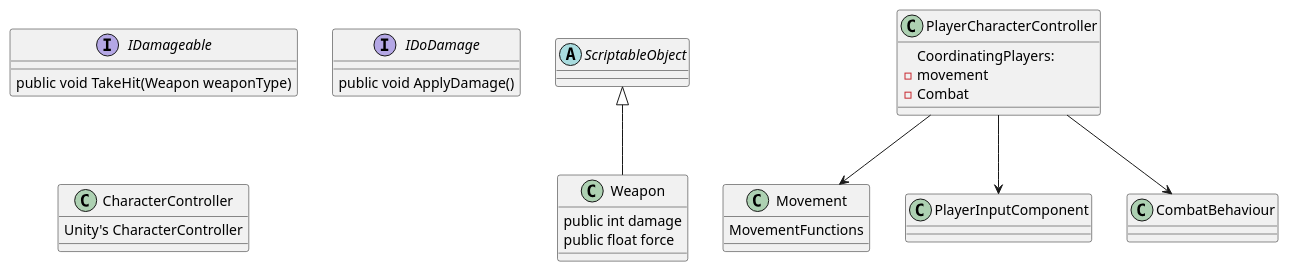
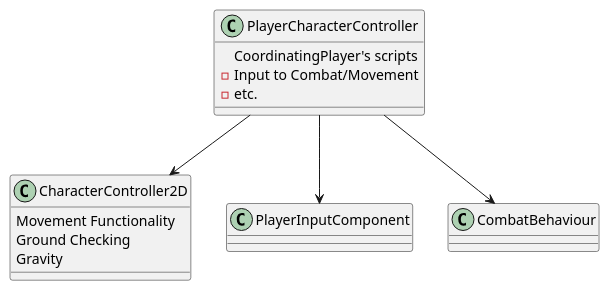
Before and after one commit to CZOLGOWUS/no_game-1: the diagram in PlantUML_Graphs/Dependencies/Player_inheretance_Dependecies.puml, drawn with PlantUML. The commit also changed 5 other files, not shown here.

```diff
--- a/PlantUML_Graphs/Dependencies/Player_inheretance_Dependecies.puml
+++ b/PlantUML_Graphs/Dependencies/Player_inheretance_Dependecies.puml
@@ -1,48 +1,46 @@
 @startuml
 'https://plantuml.com/sequence-diagra
-
+/'
 interface IDamageable
 {
     public void TakeHit(Weapon weaponType)
 }
 
 interface IDoDamage
 {
     public void ApplyDamage()
 }
 
 abstract class ScriptableObject
 {
 
 }
 
 class Weapon extends ScriptableObject
 {
     public int damage
     public float force
 }
+'/
 
-class CharacterController
+class CharacterController2D
 {
-    Unity's CharacterController
-}
-
-class Movement
-{
-    MovementFunctions
+    Movement Functionality
+    Ground Checking
+    Gravity
 }
 
 class PlayerCharacterController
 {
-    CoordinatingPlayers:
-    - movement
-    - Combat
+    CoordinatingPlayer's scripts
+        - Input to Combat/Movement
+        - etc.
 }
 
 'CombatBehaviour -> Weapon
 
 PlayerCharacterController --> PlayerInputComponent
 PlayerCharacterController --> CombatBehaviour
-PlayerCharacterController --> Movement
+PlayerCharacterController --> CharacterController2D
 
 @enduml
```
